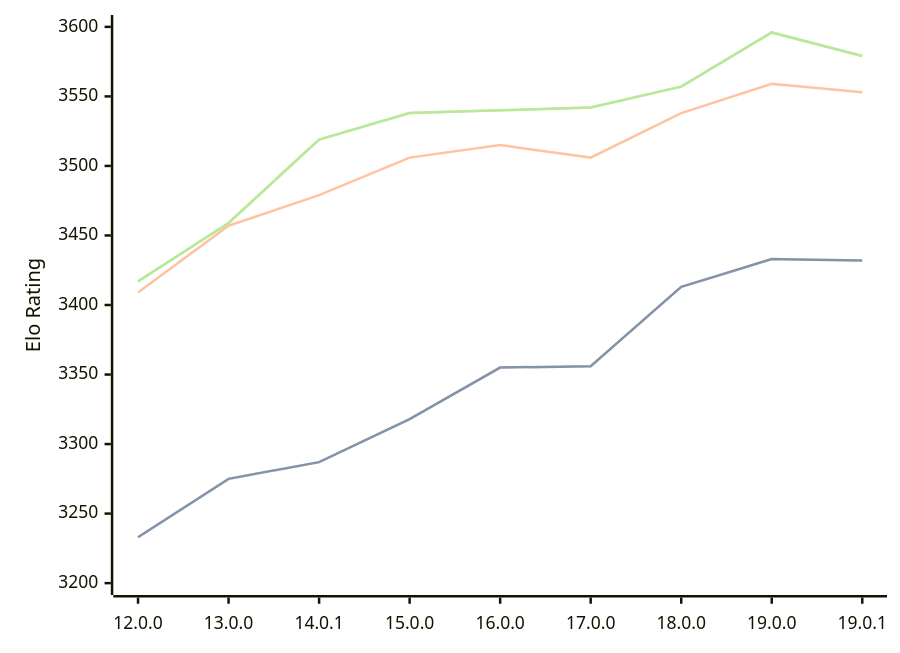
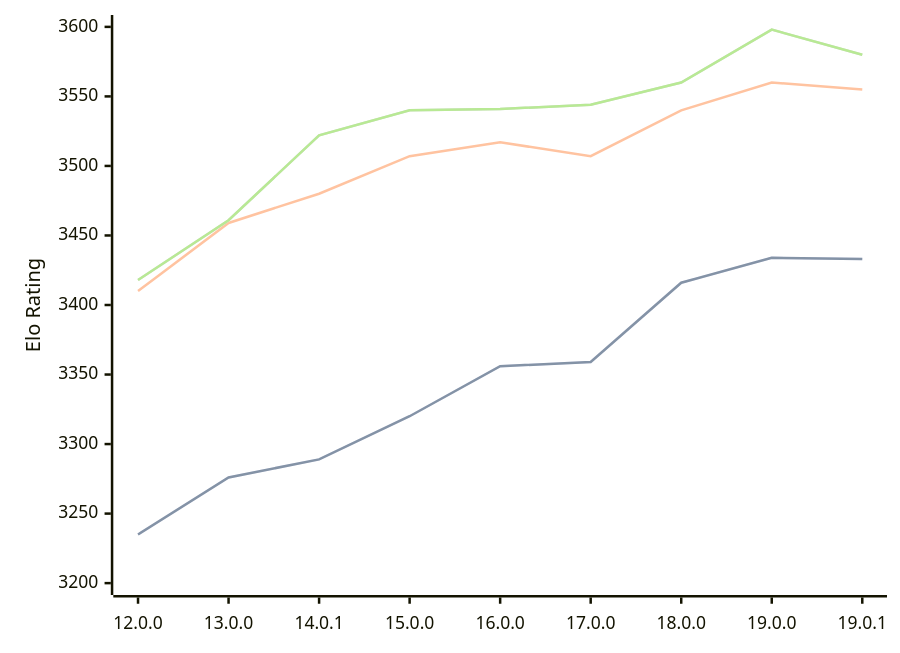
The diagram in engines/Viridithas.md (computer-chess-index/cci), drawn with Mermaid before and after one commit. The commit also changed other lines of this file, not shown here.

Commit message:
Update CCI Ratings (ELO VLTC) - 2026-04-11

````diff
--- a/engines/Viridithas.md
+++ b/engines/Viridithas.md
@@ -63,11 +63,11 @@
 ```mermaid
 %%{init: {"theme":"base","themeVariables":{"seriesColors:['#a3a3a3','#222221','#faa371']}}}%%
 xychart-beta
   x-axis ["12.0.0", "13.0.0", "14.0.1", "15.0.0", "16.0.0", "17.0.0", "18.0.0", "19.0.0", "19.0.1"]
   y-axis "Elo Rating" 3200 --> 3600
-  line "STC (8.0+0.08s)" [3233, 3275, 3287, 3318, 3355, 3356, 3413, 3433, 3432]
-  line "STC (8.0+0.08s)" [3233, 3275, 3287, 3318, 3355, 3356, 3413, 3433, 3432]
-  line "LTC (60.0+0.60s)" [3409, 3457, 3479, 3506, 3515, 3506, 3538, 3559, 3553]
-  line "VLTC (2m24s+1.12s)" [3417, 3459, 3519, 3538, 3540, 3542, 3557, 3596, 3579]
-  line "VLTC (2m24s+1.12s)" [3417, 3459, 3519, 3538, 3540, 3542, 3557, 3596, 3579]
+  line "STC (8.0+0.08s)" [3235, 3276, 3289, 3320, 3356, 3359, 3416, 3434, 3433]
+  line "STC (8.0+0.08s)" [3235, 3276, 3289, 3320, 3356, 3359, 3416, 3434, 3433]
+  line "LTC (60.0+0.60s)" [3410, 3459, 3480, 3507, 3517, 3507, 3540, 3560, 3555]
+  line "VLTC (2m24s+1.12s)" [3418, 3461, 3522, 3540, 3541, 3544, 3560, 3598, 3580]
+  line "VLTC (2m24s+1.12s)" [3418, 3461, 3522, 3540, 3541, 3544, 3560, 3598, 3580]
 ```
````
